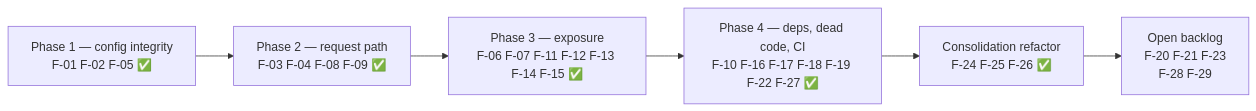
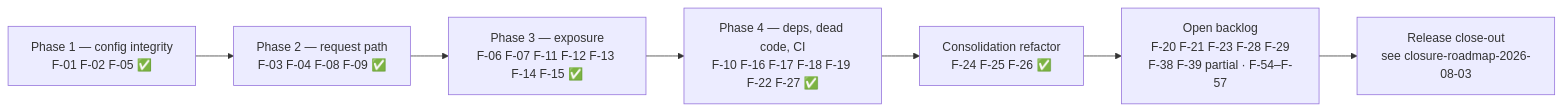
Before and after one commit to matthewdcage/llm-swarm-router: the diagram in docs/architecture/07-findings-register.md, drawn with Mermaid. The commit also changed other lines of this file and 18 other files, not shown here.

````diff
--- a/docs/architecture/07-findings-register.md
+++ b/docs/architecture/07-findings-register.md
@@ -38,8 +37,9 @@
 ```mermaid
 flowchart LR
     W1["Phase 1 — config integrity<br/>F-01 F-02 F-05 ✅"] --> W2["Phase 2 — request path<br/>F-03 F-04 F-08 F-09 ✅"]
     W2 --> W3["Phase 3 — exposure<br/>F-06 F-07 F-11 F-12 F-13 F-14 F-15 ✅"]
     W3 --> W4["Phase 4 — deps, dead code, CI<br/>F-10 F-16 F-17 F-18 F-19 F-22 F-27 ✅"]
     W4 --> W5["Consolidation refactor<br/>F-24 F-25 F-26 ✅"]
-    W5 --> W6["Open backlog<br/>F-20 F-21 F-23<br/>F-28 F-29"]
+    W5 --> W6["Open backlog<br/>F-20 F-21 F-23 F-28 F-29<br/>F-38 F-39 partial · F-54–F-57"]
+    W6 --> W7["Release close-out<br/>see closure-roadmap-2026-08-03"]
 ```
````
